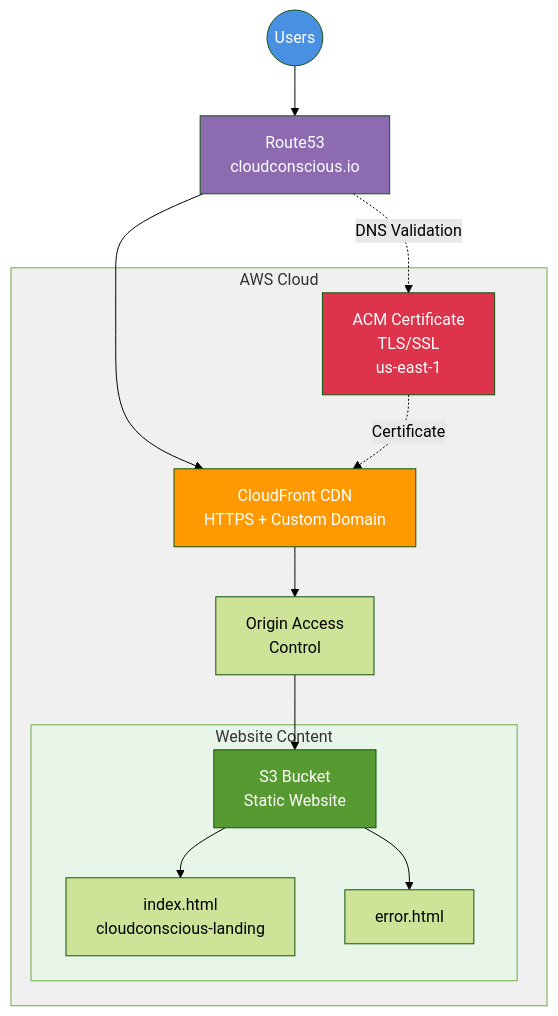
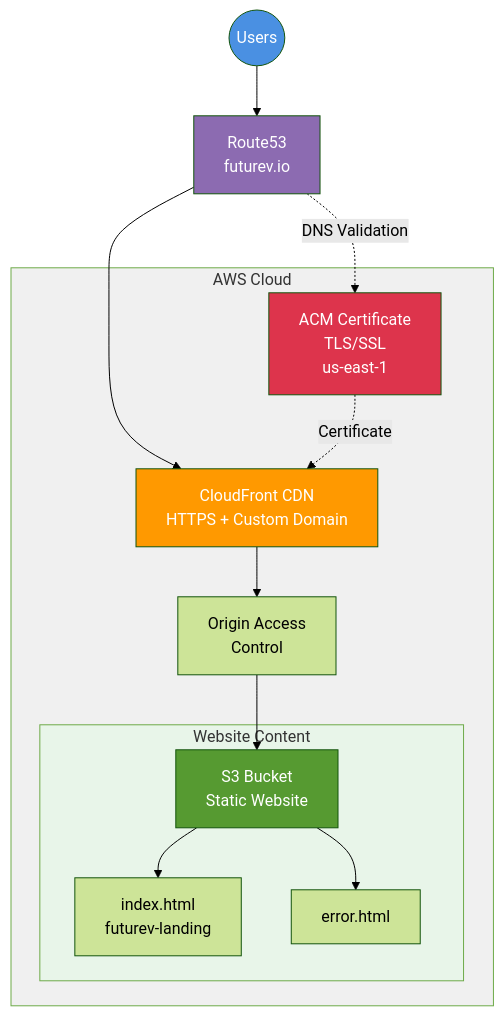
The diagram in terraform/live/aws/stacks/app5/README.md (vegatros/repo1), drawn with Mermaid (forest theme) before and after one commit. The commit also changed other lines of this file and 17 other files, not shown here.

Commit message:
replace all cloudconscious references with futurev.io

````diff
--- a/terraform/live/aws/stacks/app5/README.md
+++ b/terraform/live/aws/stacks/app5/README.md
@@ -7,28 +7,28 @@
 ```mermaid
 graph TB
-    Users((Users)) --> R53[Route53<br/>cloudconscious.io]
+    Users((Users)) --> R53[Route53<br/>futurev.io]
     R53 --> CF[CloudFront CDN<br/>HTTPS + Custom Domain]
     
     subgraph AWS["AWS Cloud"]
         CF --> OAC[Origin Access<br/>Control]
         OAC --> S3[S3 Bucket<br/>Static Website]
         
         ACM[ACM Certificate<br/>TLS/SSL<br/>us-east-1]
         
         subgraph Content["Website Content"]
-            S3 --> HTML[index.html<br/>cloudconscious-landing]
+            S3 --> HTML[index.html<br/>futurev-landing]
             S3 --> ERR[error.html]
         end
     end
     
     ACM -.->|Certificate| CF
     R53 -.->|DNS Validation| ACM
     
     style Users fill:#4a90e2,color:#fff
     style R53 fill:#8c6bb1,color:#fff
     style CF fill:#ff9900,color:#fff
     style S3 fill:#569a31,color:#fff
     style ACM fill:#dd344c,color:#fff
     style AWS fill:#f0f0f0
     style Content fill:#e8f5e9
 ```
````
